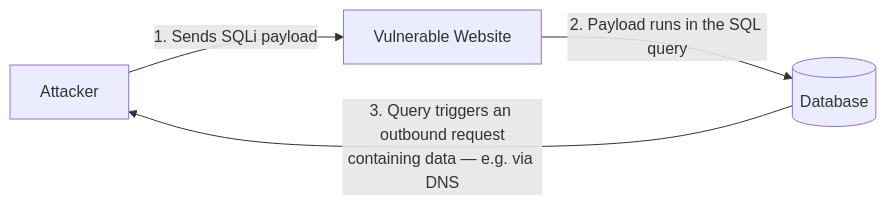
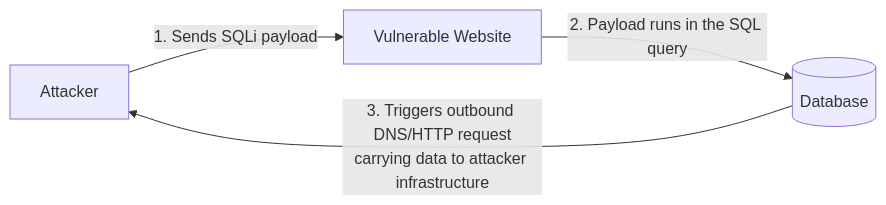
The third of 3 diagrams in Web/SQL-Injection-Introduction.md (angeline-infosec/notes), drawn with Mermaid before and after one commit. The commit also changed other lines of this file, not shown here.

````diff
--- a/Web/SQL-Injection-Introduction.md
+++ b/Web/SQL-Injection-Introduction.md
@@ -211,6 +256,6 @@
 ```mermaid
 graph LR
     A[Attacker] -->|"1. Sends SQLi payload"| B[Vulnerable Website]
     B -->|"2. Payload runs in the SQL query"| C[(Database)]
-    C -->|"3. Query triggers an outbound request<br/>containing data — e.g. via DNS"| A
+    C -->|"3. Triggers outbound DNS/HTTP request<br/>carrying data to attacker infrastructure"| A
 ```
````
